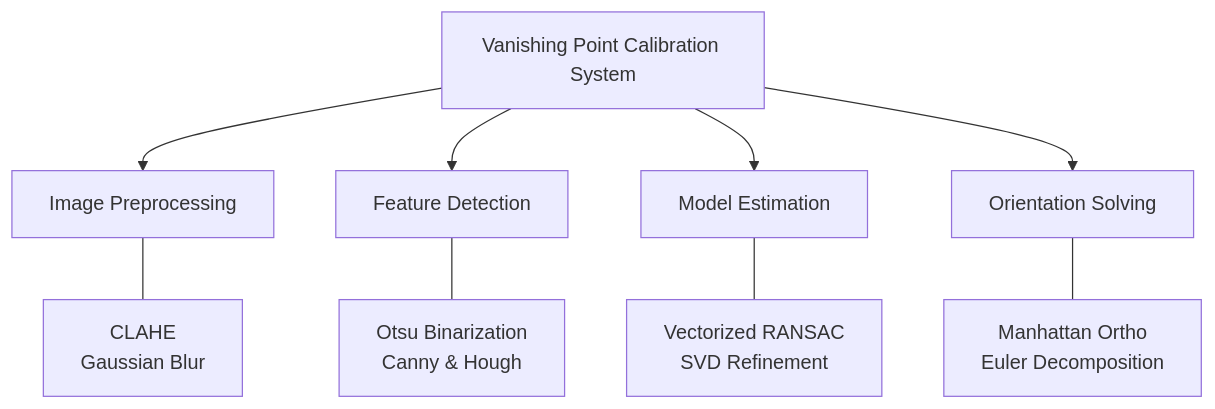
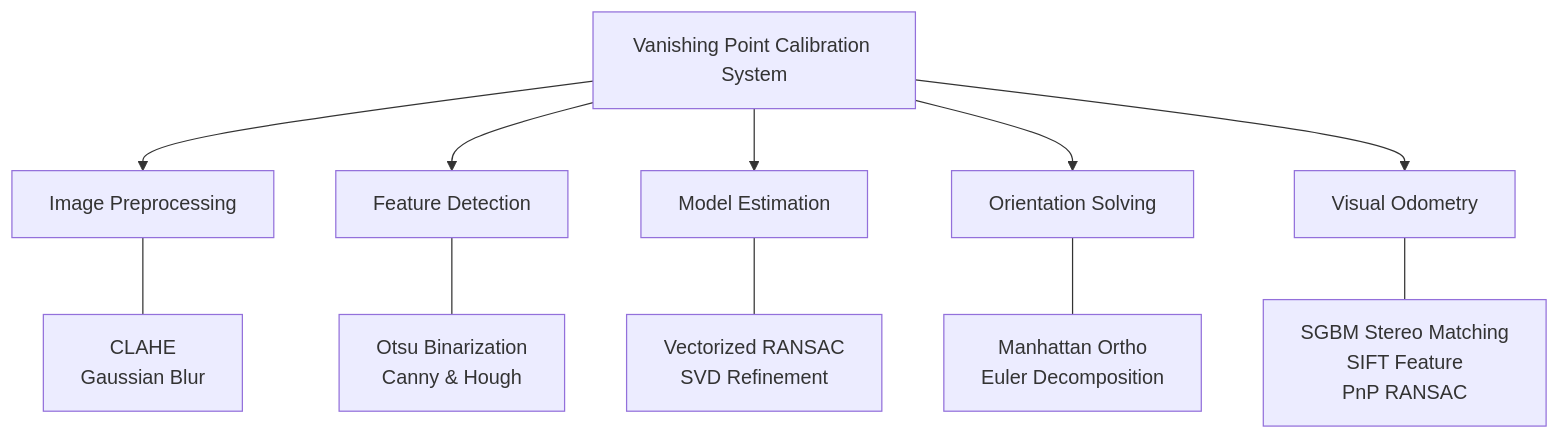
One commit to hank921109/114-2-Phone_Camera_Attitude changed the first of 2 diagrams in README.md. Above: the diagram before and after it, drawn with Mermaid. The commit also changed other lines of this file and 259 other files, not shown here.

First line of the commit message:
feat(vo): integrate visual odometry pipeline and resolve rendering artifacts

````diff
--- a/README.md
+++ b/README.md
@@ -33,14 +32,17 @@
 ```mermaid
 graph TD
     System[Vanishing Point Calibration System]
     
     System --> PRE[Image Preprocessing]
     System --> DET[Feature Detection]
     System --> RAN[Model Estimation]
     System --> POS[Orientation Solving]
 
     PRE --- PRE_Desc["CLAHE<br/>Gaussian Blur"]
     DET --- DET_Desc["Otsu Binarization<br/>Canny & Hough"]
     RAN --- RAN_Desc["Vectorized RANSAC<br/>SVD Refinement"]
     POS --- POS_Desc["Manhattan Ortho<br/>Euler Decomposition"]
+
+    System --> VO[Visual Odometry]
+    VO --- VO_Desc["SGBM Stereo Matching<br/>SIFT Feature<br/>PnP RANSAC"]
 ```
````
